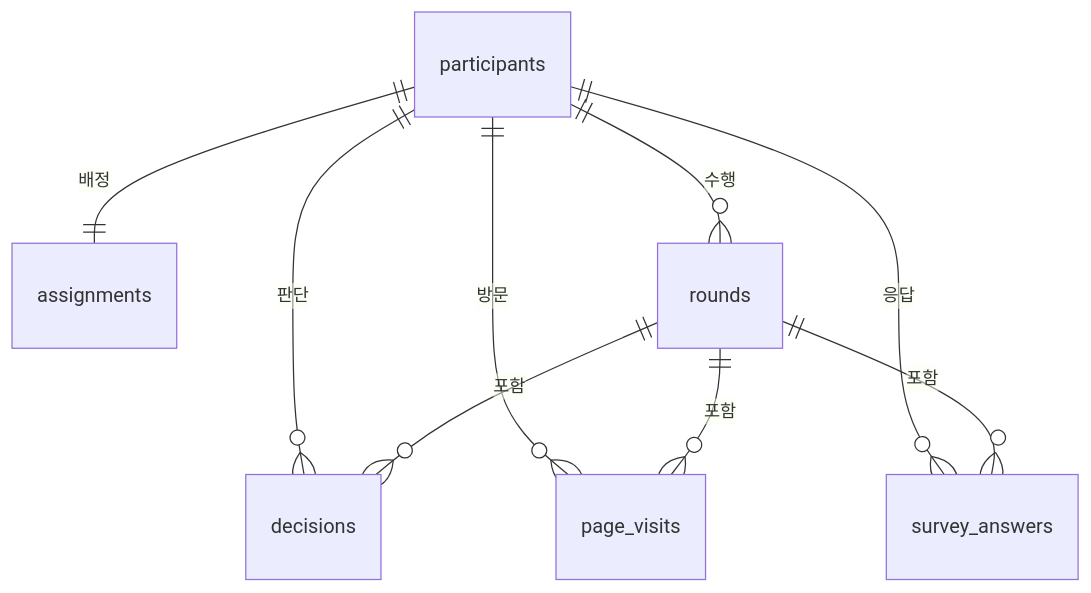
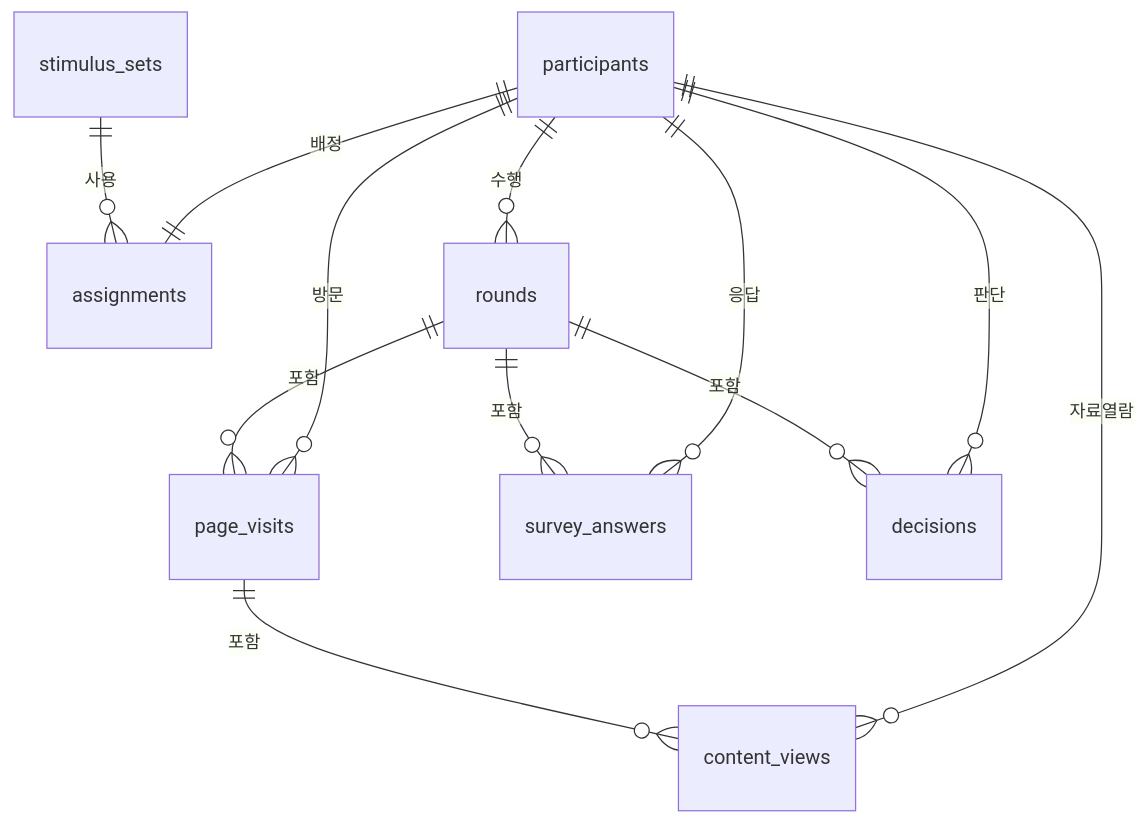
The diagram in README.md (dev-yeinchoi/AURA), drawn with Mermaid before and after one commit. The commit also changed other lines of this file and 2 other files, not shown here.

````diff
--- a/README.md
+++ b/README.md
@@ -64,11 +64,14 @@
 ```mermaid
 erDiagram
   participants ||--|| assignments : 배정
   participants ||--o{ rounds : 수행
   participants ||--o{ page_visits : 방문
   participants ||--o{ survey_answers : 응답
   participants ||--o{ decisions : 판단
+  participants ||--o{ content_views : 자료열람
+  stimulus_sets ||--o{ assignments : 사용
   rounds ||--o{ decisions : 포함
   rounds ||--o{ page_visits : 포함
   rounds ||--o{ survey_answers : 포함
+  page_visits ||--o{ content_views : 포함
 ```
````
